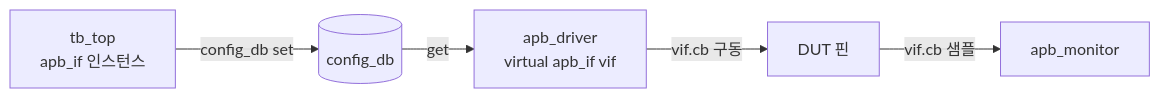
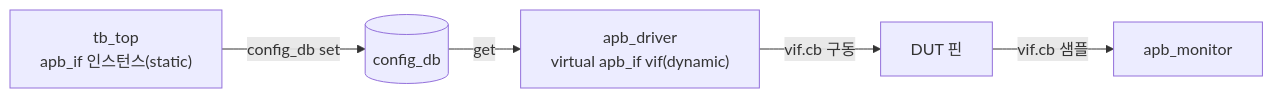
Before and after one commit to jwj-nick/uvm-drill: the diagram in content/a/part0/vif.md, drawn with Mermaid. The commit also changed other lines of this file and 1 other file, not shown here.

First line of the commit message:
content: enrich Part 0 processes & virtual interface chapters

````diff
--- a/content/a/part0/vif.md
+++ b/content/a/part0/vif.md
@@ -60,7 +81,7 @@
 ```mermaid
 flowchart LR
-  TOP["tb_top<br/>apb_if 인스턴스"] -->|config_db set| DB[(config_db)]
-  DB -->|get| DRV[apb_driver<br/>virtual apb_if vif]
+  TOP["tb_top<br/>apb_if 인스턴스(static)"] -->|config_db set| DB[(config_db)]
+  DB -->|get| DRV["apb_driver<br/>virtual apb_if vif(dynamic)"]
   DRV -->|vif.cb 구동| DUT[DUT 핀]
   DUT -->|vif.cb 샘플| MON[apb_monitor]
 ```
````
